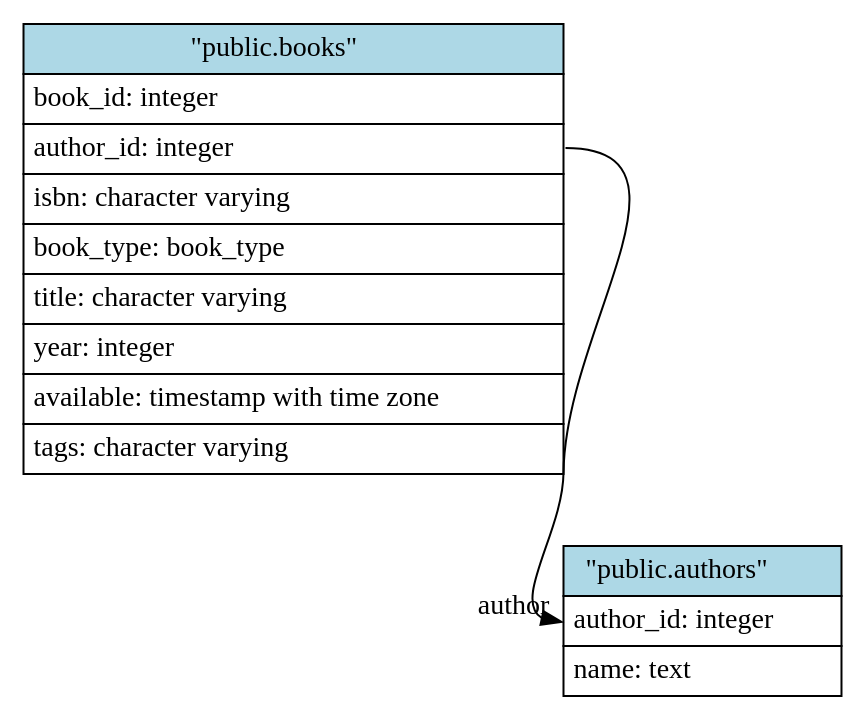
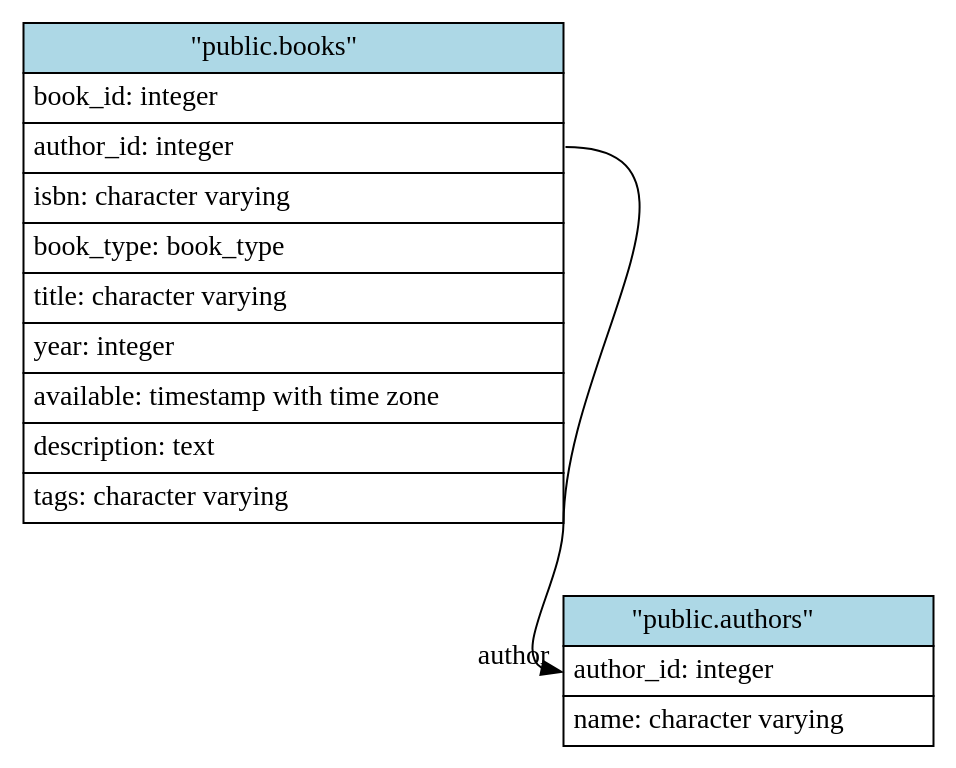
One commit to niurkacanals/Sql-expert-for-database changed the diagram in _examples/booktest/postgres.xo.dot. Above: the diagram before and after it, drawn with Graphviz. The commit also changed 113 other files, not shown here.

```diff
--- a/_examples/booktest/postgres.xo.dot
+++ b/_examples/booktest/postgres.xo.dot
@@ -1,29 +1,30 @@
 // Generated by xo.
 digraph public {
 	// Defaults
 	node [shape=none, margin=0]
 	
 	// Nodes (tables)
 	"public.authors" [ label=<
 		<table border="0" cellborder="1" cellspacing="0" cellpadding="4">
 		<tr><td bgcolor="lightblue">"public.authors"</td></tr>
 		<tr><td align="left" PORT="author_id">author_id: integer</td></tr>
-		<tr><td align="left" PORT="name">name: text</td></tr>
+		<tr><td align="left" PORT="name">name: character varying</td></tr>
 		</table>> ]
 	
 	"public.books" [ label=<
 		<table border="0" cellborder="1" cellspacing="0" cellpadding="4">
 		<tr><td bgcolor="lightblue">"public.books"</td></tr>
 		<tr><td align="left" PORT="book_id">book_id: integer</td></tr>
 		<tr><td align="left" PORT="author_id">author_id: integer</td></tr>
 		<tr><td align="left" PORT="isbn">isbn: character varying</td></tr>
 		<tr><td align="left" PORT="book_type">book_type: book_type</td></tr>
 		<tr><td align="left" PORT="title">title: character varying</td></tr>
 		<tr><td align="left" PORT="year">year: integer</td></tr>
 		<tr><td align="left" PORT="available">available: timestamp with time zone</td></tr>
+		<tr><td align="left" PORT="description">description: text</td></tr>
 		<tr><td align="left" PORT="tags">tags: character varying</td></tr>
 		</table>> ]
 	
 	"public.books":"author_id":e -> "public.authors":"author_id":w [
 		headlabel="author"]
 }
```
